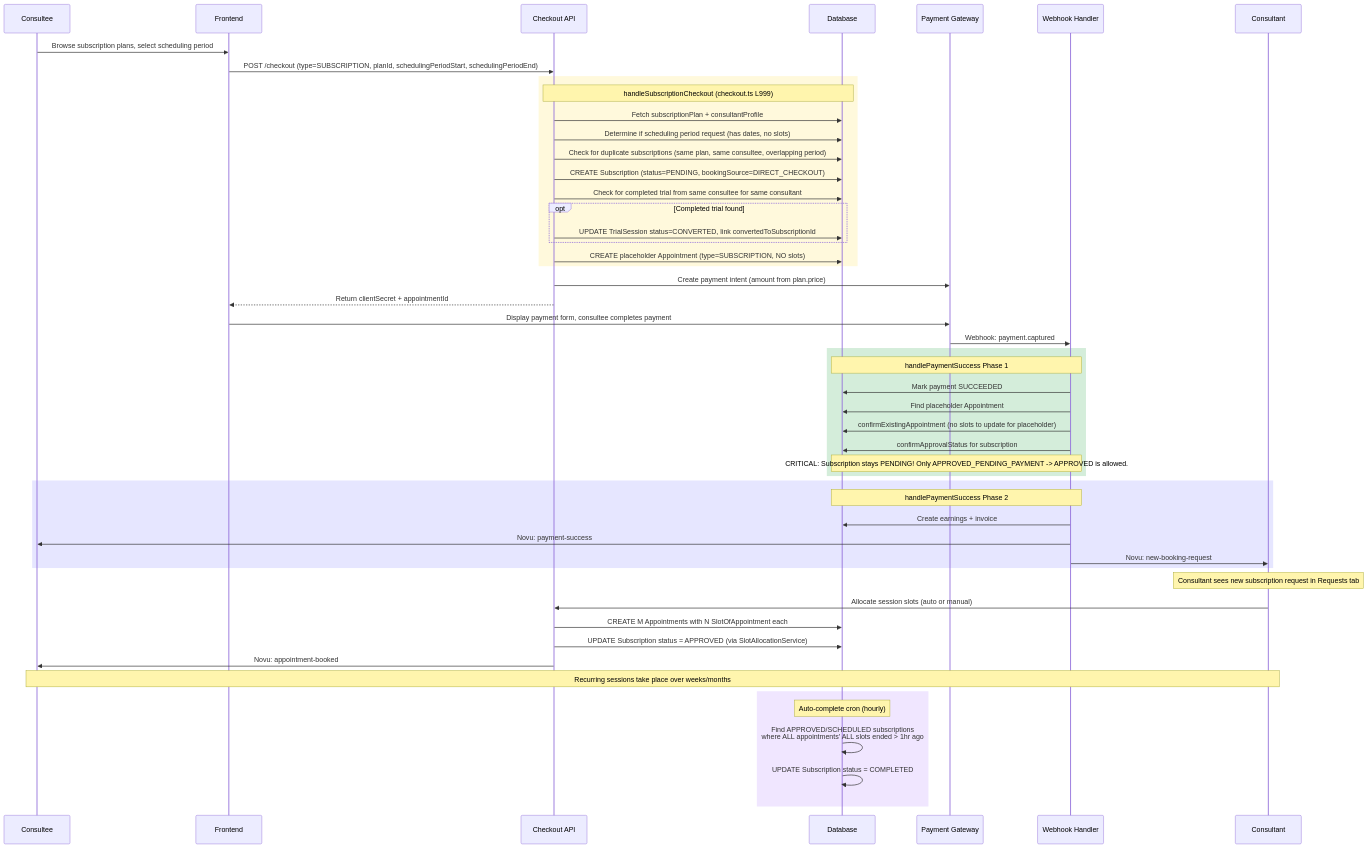
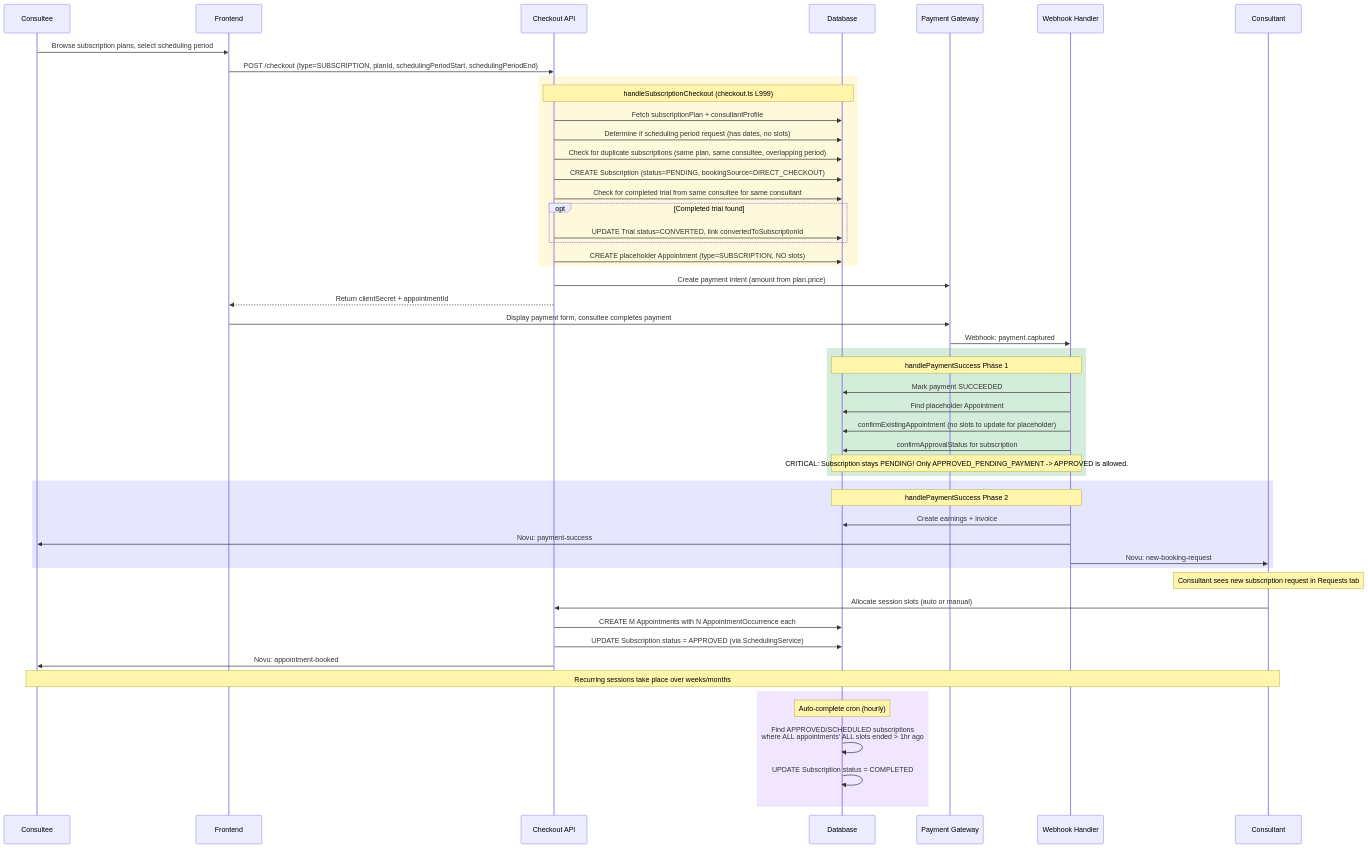
Before and after one commit to Practitionist/familiarise_web: the fifth of 16 diagrams in docs/booking/06-booking-lifecycle.md, drawn with Mermaid. The commit also changed other lines of this file and 107 other files, not shown here.

Commit message:
docs(vocabulary): the scheduling glossary, booking, feedback, support, stream and review docs speak AppointmentOccurrence, Meeting and Trial (#1554)

````diff
--- a/docs/booking/06-booking-lifecycle.md
+++ b/docs/booking/06-booking-lifecycle.md
@@ -294,62 +294,62 @@
 ```mermaid
 sequenceDiagram
     participant CE as Consultee
     participant FE as Frontend
     participant API as Checkout API
     participant DB as Database
     participant GW as Payment Gateway
     participant WH as Webhook Handler
     participant CT as Consultant
 
     CE->>FE: Browse subscription plans, select scheduling period
     FE->>API: POST /checkout (type=SUBSCRIPTION, planId, schedulingPeriodStart, schedulingPeriodEnd)
 
     rect rgb(255, 249, 220)
         Note over API,DB: handleSubscriptionCheckout (checkout.ts L999)
         API->>DB: Fetch subscriptionPlan + consultantProfile
         API->>DB: Determine if scheduling period request (has dates, no slots)
         API->>DB: Check for duplicate subscriptions (same plan, same consultee, overlapping period)
         API->>DB: CREATE Subscription (status=PENDING, bookingSource=DIRECT_CHECKOUT)
         API->>DB: Check for completed trial from same consultee for same consultant
         opt Completed trial found
-            API->>DB: UPDATE TrialSession status=CONVERTED, link convertedToSubscriptionId
+            API->>DB: UPDATE Trial status=CONVERTED, link convertedToSubscriptionId
         end
         API->>DB: CREATE placeholder Appointment (type=SUBSCRIPTION, NO slots)
     end
 
     API->>GW: Create payment intent (amount from plan.price)
     API-->>FE: Return clientSecret + appointmentId
     FE->>GW: Display payment form, consultee completes payment
     GW->>WH: Webhook: payment.captured
 
     rect rgb(212, 237, 218)
         Note over WH,DB: handlePaymentSuccess Phase 1
         WH->>DB: Mark payment SUCCEEDED
         WH->>DB: Find placeholder Appointment
         WH->>DB: confirmExistingAppointment (no slots to update for placeholder)
         WH->>DB: confirmApprovalStatus for subscription
         Note over WH,DB: CRITICAL: Subscription stays PENDING! Only APPROVED_PENDING_PAYMENT -> APPROVED is allowed.
     end
 
     rect rgb(230, 230, 255)
         Note over WH,DB: handlePaymentSuccess Phase 2
         WH->>DB: Create earnings + invoice
         WH->>CE: Novu: payment-success
         WH->>CT: Novu: new-booking-request
     end
 
     Note over CT: Consultant sees new subscription request in Requests tab
 
     CT->>API: Allocate session slots (auto or manual)
-    API->>DB: CREATE M Appointments with N SlotOfAppointment each
-    API->>DB: UPDATE Subscription status = APPROVED (via SlotAllocationService)
+    API->>DB: CREATE M Appointments with N AppointmentOccurrence each
+    API->>DB: UPDATE Subscription status = APPROVED (via SchedulingService)
     API->>CE: Novu: appointment-booked
 
     Note over CE,CT: Recurring sessions take place over weeks/months
 
     rect rgb(240, 230, 255)
         Note over DB: Auto-complete cron (hourly)
         DB->>DB: Find APPROVED/SCHEDULED subscriptions<br/>where ALL appointments' ALL slots ended > 1hr ago
         DB->>DB: UPDATE Subscription status = COMPLETED
     end
 ```
````
